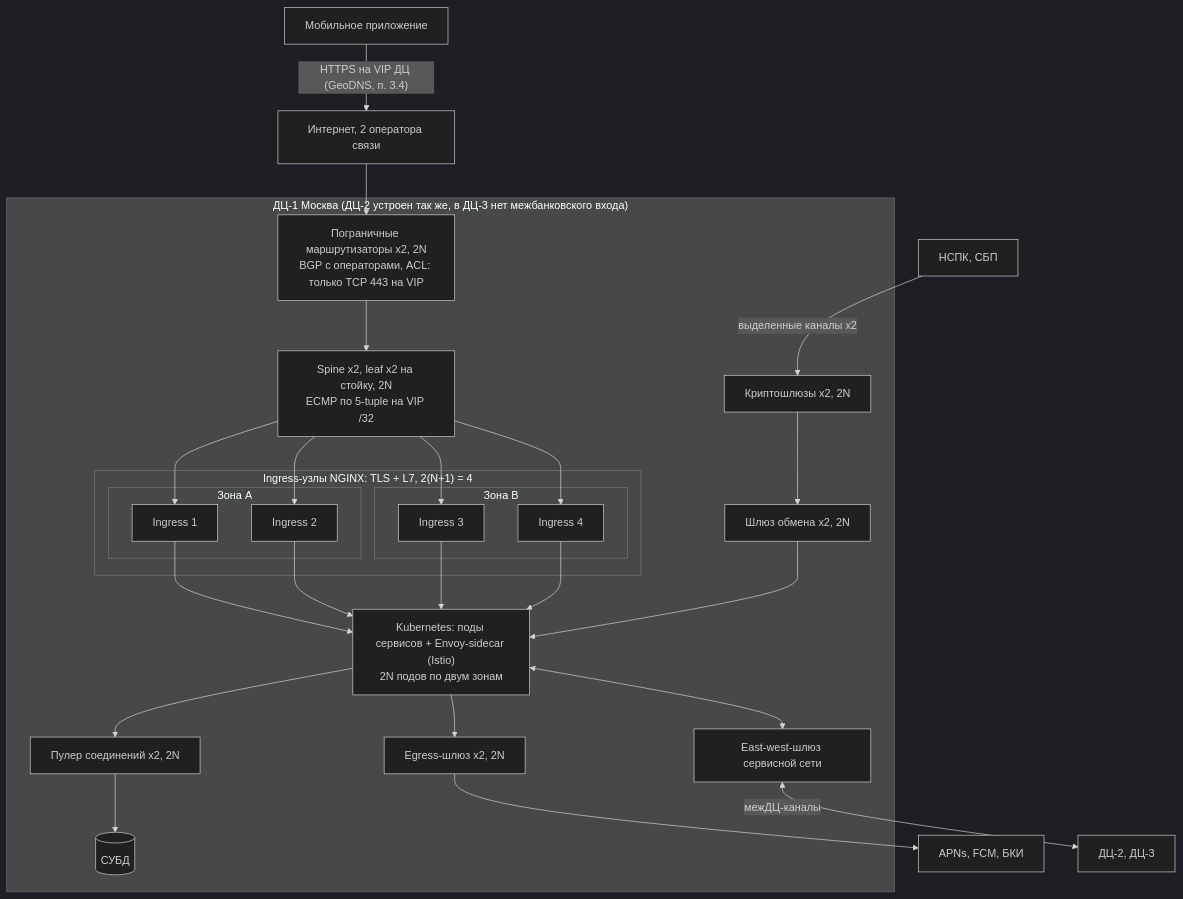
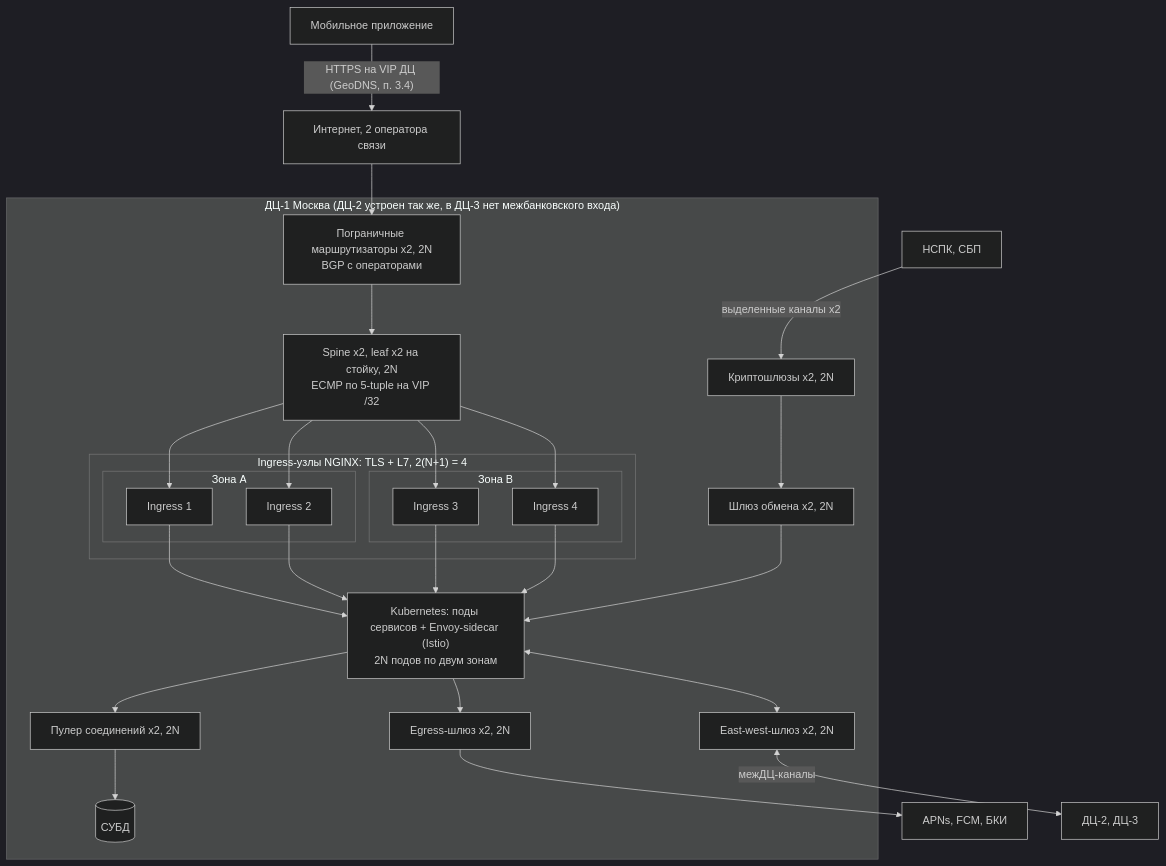
The second of 2 diagrams in README.md (Pahmaton/highload2026h2), drawn with Mermaid (dark theme) before and after one commit. The commit also changed other lines of this file, not shown here.

````diff
--- a/README.md
+++ b/README.md
@@ -331,43 +331,43 @@
 ```mermaid
 flowchart TB
   APP["Мобильное приложение"]
   NET["Интернет, 2 оператора связи"]
   NSPK["НСПК, СБП"]
   EXT["APNs, FCM, БКИ"]
   OTHER["ДЦ-2, ДЦ-3"]
 
   APP -->|"HTTPS на VIP ДЦ (GeoDNS, п. 3.4)"| NET
 
   subgraph DC["ДЦ-1 Москва (ДЦ-2 устроен так же, в ДЦ-3 нет межбанковского входа)"]
-    BR["Пограничные маршрутизаторы x2, 2N<br/>BGP с операторами, ACL: только TCP 443 на VIP"]
+    BR["Пограничные маршрутизаторы x2, 2N<br/>BGP с операторами"]
     FAB["Spine x2, leaf x2 на стойку, 2N<br/>ECMP по 5-tuple на VIP /32"]
 
     subgraph ING["Ingress-узлы NGINX: TLS + L7, 2(N+1) = 4"]
       subgraph ZA["Зона A"]
         IN1["Ingress 1"]
         IN2["Ingress 2"]
       end
       subgraph ZB["Зона B"]
         IN3["Ingress 3"]
         IN4["Ingress 4"]
       end
     end
 
     SVC["Kubernetes: поды сервисов + Envoy-sidecar (Istio)<br/>2N подов по двум зонам"]
     CRY["Криптошлюзы x2, 2N"]
     GW["Шлюз обмена x2, 2N"]
     EG["Egress-шлюз x2, 2N"]
     POOL["Пулер соединений x2, 2N"]
     DB[("СУБД")]
-    EW["East-west-шлюз сервисной сети"]
+    EW["East-west-шлюз x2, 2N"]
   end
 
   NET --> BR --> FAB
   FAB --> IN1 & IN2 & IN3 & IN4
   IN1 & IN2 & IN3 & IN4 --> SVC
   NSPK -->|"выделенные каналы x2"| CRY --> GW --> SVC
   SVC --> POOL --> DB
   SVC --> EG --> EXT
   SVC <--> EW
   EW <-->|"межДЦ-каналы"| OTHER
 ```
````
